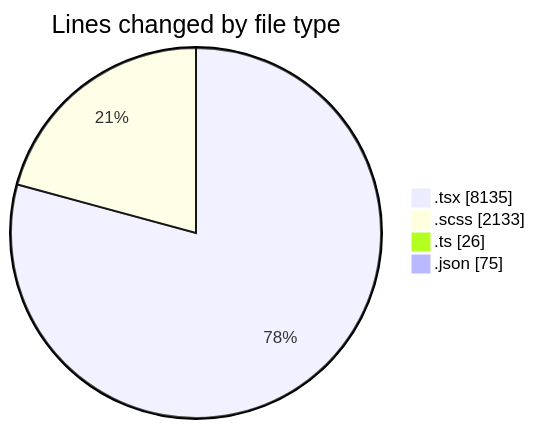
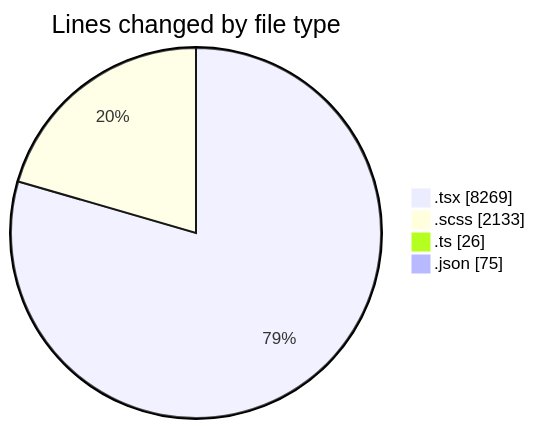
One commit to momahboobian/code-tracking changed the first of 2 diagrams in 2025-04-09/cda/README.md. Above: the diagram before and after it, drawn with Mermaid. The commit also changed other lines of this file and 1 other file, not shown here.

````diff
--- a/2025-04-09/cda/README.md
+++ b/2025-04-09/cda/README.md
@@ -48,8 +49,8 @@
 ```mermaid
 pie showData
 title Lines changed by file type
-".tsx" : 8135
+".tsx" : 8269
 ".scss" : 2133
 ".ts" : 26
 ".json" : 75
 ```
````
